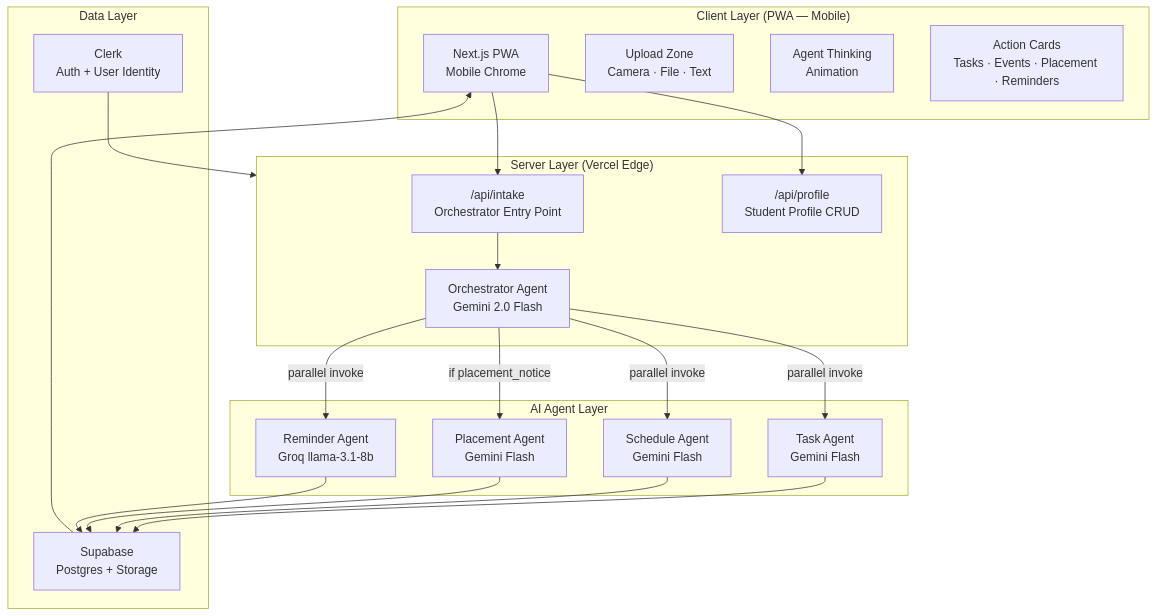
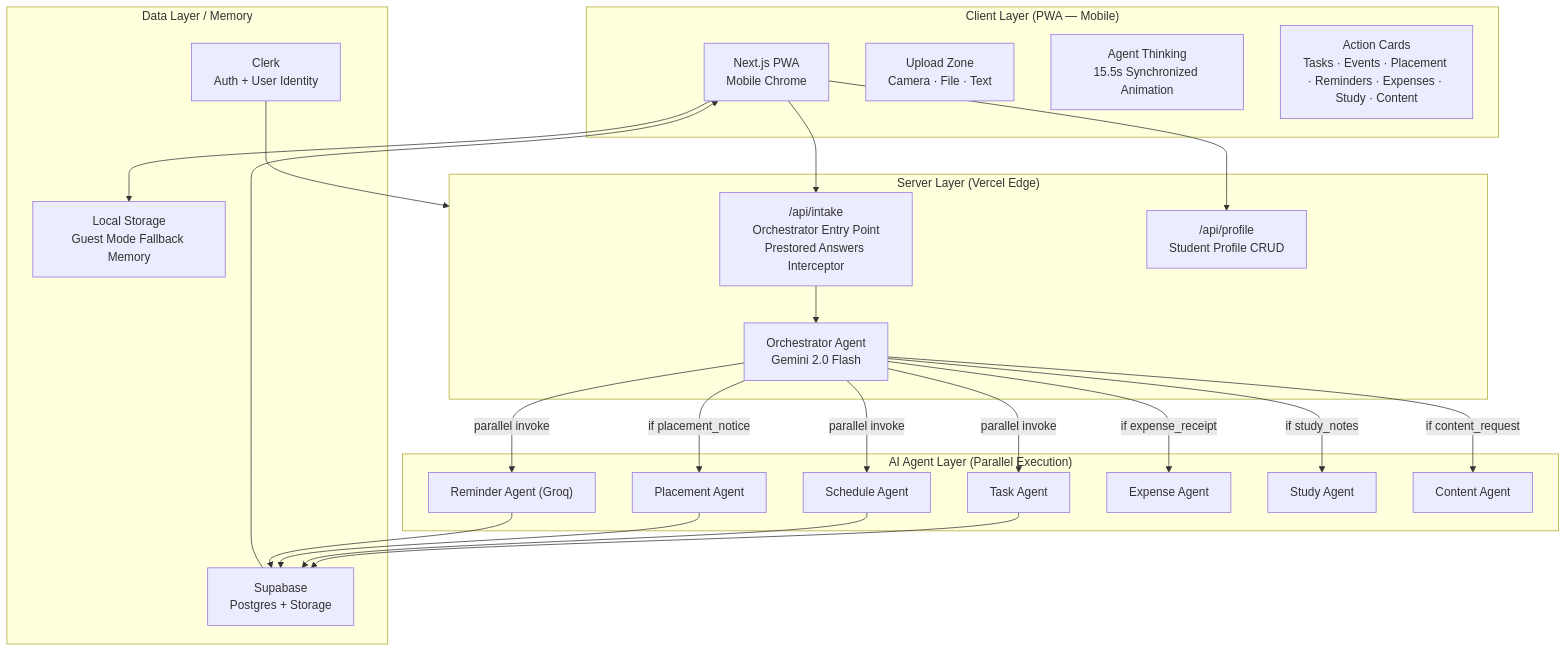
The diagram in docs/HLD.md (TuShArBhArDwA/LifeOS), drawn with Mermaid before and after one commit. The commit also changed other lines of this file and 2 other files, not shown here.

Commit message:
update HLD, LLD, and README docs for 7-agent architecture and guest fallback

````diff
--- a/docs/HLD.md
+++ b/docs/HLD.md
@@ -31,41 +32,51 @@
 ```mermaid
 graph TB
     subgraph CLIENT["Client Layer (PWA — Mobile)"]
         UI["Next.js PWA\nMobile Chrome"]
         UPLOAD["Upload Zone\nCamera · File · Text"]
-        ANIM["Agent Thinking\nAnimation"]
-        CARDS["Action Cards\nTasks · Events · Placement · Reminders"]
+        ANIM["Agent Thinking\n15.5s Synchronized Animation"]
+        CARDS["Action Cards\nTasks · Events · Placement · Reminders · Expenses · Study · Content"]
     end
 
     subgraph SERVER["Server Layer (Vercel Edge)"]
-        INTAKE["/api/intake\nOrchestrator Entry Point"]
+        INTAKE["/api/intake\nOrchestrator Entry Point\nPrestored Answers Interceptor"]
         PROFILE["/api/profile\nStudent Profile CRUD"]
         ORCH["Orchestrator Agent\nGemini 2.0 Flash"]
     end
 
-    subgraph AGENTS["AI Agent Layer"]
-        TASK["Task Agent\nGemini Flash"]
-        SCHED["Schedule Agent\nGemini Flash"]
-        PLACE["Placement Agent\nGemini Flash"]
-        REM["Reminder Agent\nGroq llama-3.1-8b"]
+    subgraph AGENTS["AI Agent Layer (Parallel Execution)"]
+        TASK["Task Agent"]
+        SCHED["Schedule Agent"]
+        PLACE["Placement Agent"]
+        REM["Reminder Agent (Groq)"]
+        EXP["Expense Agent"]
+        STUDY["Study Agent"]
+        CONT["Content Agent"]
     end
 
-    subgraph DATA["Data Layer"]
+    subgraph DATA["Data Layer / Memory"]
         SB["Supabase\nPostgres + Storage"]
         CLERK["Clerk\nAuth + User Identity"]
+        LOCAL["Local Storage\nGuest Mode Fallback Memory"]
     end
 
     UI --> INTAKE
     UI --> PROFILE
     INTAKE --> ORCH
     ORCH -->|"parallel invoke"| TASK
     ORCH -->|"parallel invoke"| SCHED
     ORCH -->|"if placement_notice"| PLACE
     ORCH -->|"parallel invoke"| REM
+    ORCH -->|"if expense_receipt"| EXP
+    ORCH -->|"if study_notes"| STUDY
+    ORCH -->|"if content_request"| CONT
+    
     TASK --> SB
     SCHED --> SB
     PLACE --> SB
     REM --> SB
+    
+    UI --> LOCAL
     SB --> UI
     CLERK --> SERVER
 ```
````
